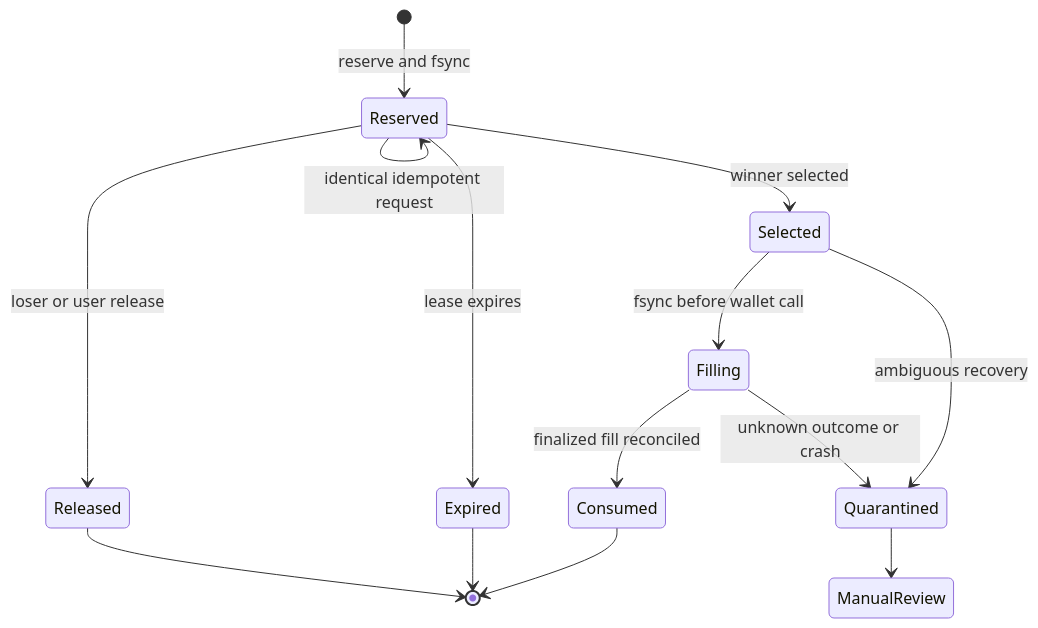
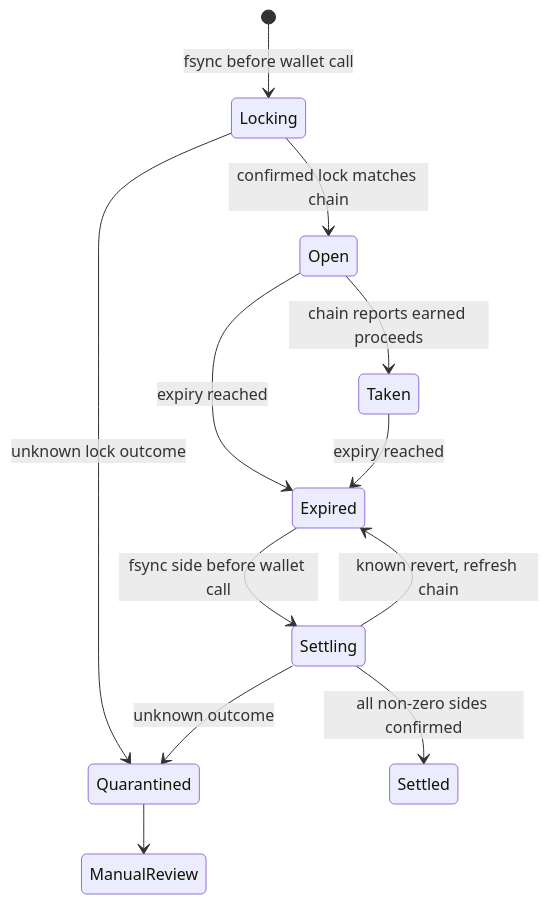
One commit to gstohl/app20 changed the fourth of 8 diagrams in README.md. Above: the diagram before and after it, drawn with Mermaid. The commit also changed other lines of this file and 80 other files, not shown here.

````diff
--- a/README.md
+++ b/README.md
@@ -165,16 +185,14 @@
 ```mermaid
 stateDiagram-v2
-    [*] --> Reserved: reserve and fsync
-    Reserved --> Reserved: identical idempotent request
-    Reserved --> Selected: winner selected
-    Reserved --> Released: loser or user release
-    Reserved --> Expired: lease expires
-    Selected --> Filling: fsync before wallet call
-    Filling --> Consumed: finalized fill reconciled
-    Filling --> Quarantined: unknown outcome or crash
-    Selected --> Quarantined: ambiguous recovery
-    Released --> [*]
-    Expired --> [*]
-    Consumed --> [*]
+    [*] --> Locking: fsync before wallet call
+    Locking --> Open: confirmed lock matches chain
+    Locking --> Quarantined: unknown lock outcome
+    Open --> Taken: chain reports earned proceeds
+    Open --> Expired: expiry reached
+    Taken --> Expired: expiry reached
+    Expired --> Settling: fsync side before wallet call
+    Settling --> Settled: all non-zero sides confirmed
+    Settling --> Expired: known revert, refresh chain
+    Settling --> Quarantined: unknown outcome
     Quarantined --> ManualReview
 ```
````
